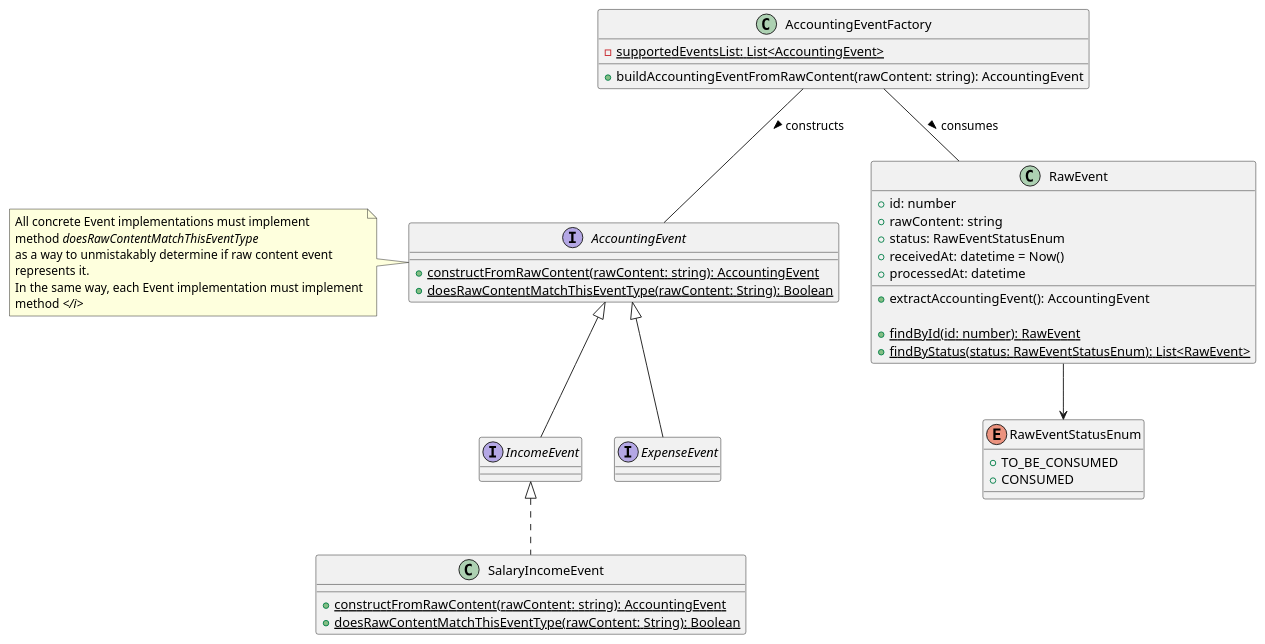
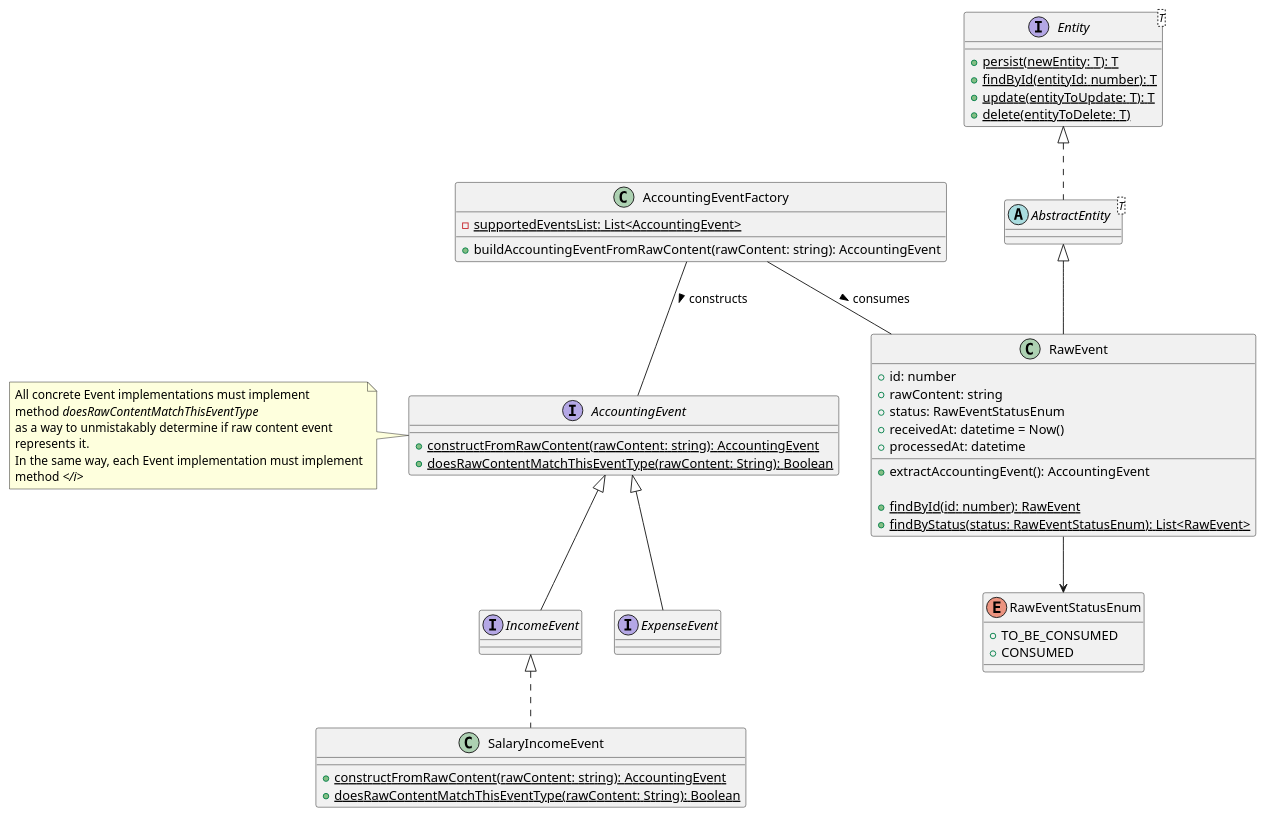
The diagram in documentation/class-diagram.puml (Tzesar/dale), drawn with PlantUML before and after one commit.

Commit message:
Updated diagram

```diff
--- a/documentation/class-diagram.puml
+++ b/documentation/class-diagram.puml
@@ -1,56 +1,65 @@
 @startuml
 'https://plantuml.com/class-diagram
+
+interface Entity<T> {
+    + {static} persist(newEntity: T): T
+    + {static} findById(entityId: number): T
+    + {static} update(entityToUpdate: T): T
+    + {static} delete(entityToDelete: T)
+}
+
+abstract class AbstractEntity<T> implements Entity
 
 enum RawEventStatusEnum {
     + TO_BE_CONSUMED
     + CONSUMED
 }
 
-class RawEvent {
+class RawEvent extends AbstractEntity {
     + id: number
     + rawContent: string
     + status: RawEventStatusEnum
     + {field} receivedAt: datetime = Now()
     + processedAt: datetime
 
     + extractAccountingEvent(): AccountingEvent
 
     + {static} findById(id: number): RawEvent
     + {static} findByStatus(status: RawEventStatusEnum): List<RawEvent>
 }
 
 interface AccountingEvent {
     + {static} constructFromRawContent(rawContent: string): AccountingEvent
     + {static} doesRawContentMatchThisEventType(rawContent: String): Boolean
 }
 
 interface IncomeEvent extends AccountingEvent
 
 interface ExpenseEvent extends AccountingEvent
 
 class SalaryIncomeEvent implements IncomeEvent {
     + {static} constructFromRawContent(rawContent: string): AccountingEvent
     + {static} doesRawContentMatchThisEventType(rawContent: String): Boolean
 }
 
 note left of AccountingEvent
     All concrete Event implementations must implement
     method <i>doesRawContentMatchThisEventType</i>
     as a way to unmistakably determine if raw content event
     represents it.
     In the same way, each Event implementation must implement
     method <i></i>
 end note
 
 class AccountingEventFactory {
     - {static} supportedEventsList: List<AccountingEvent>
 
     + buildAccountingEventFromRawContent(rawContent: string): AccountingEvent
 }
 
 RawEvent --> RawEventStatusEnum
 
 AccountingEventFactory -- AccountingEvent : constructs >
 AccountingEventFactory -- RawEvent : consumes >
 
 @enduml
```
